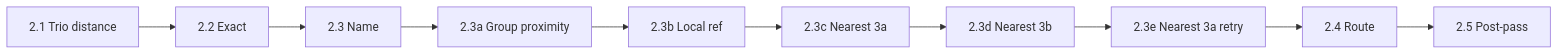
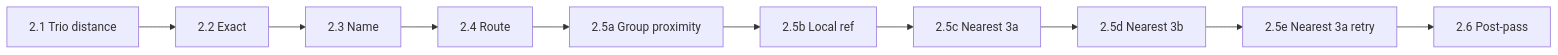
One commit to openTdataCH/stop_sync_osm_atlas changed the third of 4 diagrams in documentation/2. Matching process.md. Above: the diagram before and after it, drawn with Mermaid. The commit also changed other lines of this file and 24 other files, not shown here.

Commit message:
Improved matching pipline order, gtfs predicate, deleted exact posspas predicate, added contradict route matching problem.

````diff
--- a/documentation/2. Matching process.md
+++ b/documentation/2. Matching process.md
@@ -193,4 +193,4 @@
 ```mermaid
 flowchart LR
-    T["2.1 Trio distance"] --> E["2.2 Exact"] --> N["2.3 Name"] --> D1["2.3a Group proximity"] --> D2["2.3b Local ref"] --> D3["2.3c Nearest 3a"] --> D4["2.3d Nearest 3b"] --> D5["2.3e Nearest 3a retry"] --> R["2.4 Route"] --> P["2.5 Post-pass"]
+    T["2.1 Trio distance"] --> E["2.2 Exact"] --> N["2.3 Name"] --> R["2.4 Route"] --> D1["2.5a Group proximity"] --> D2["2.5b Local ref"] --> D3["2.5c Nearest 3a"] --> D4["2.5d Nearest 3b"] --> D5["2.5e Nearest 3a retry"] --> P["2.6 Post-pass"]
 ```
````
